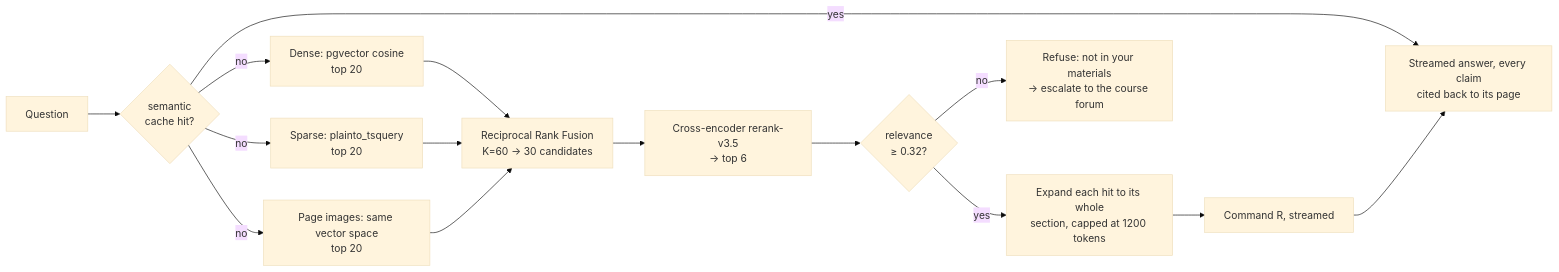
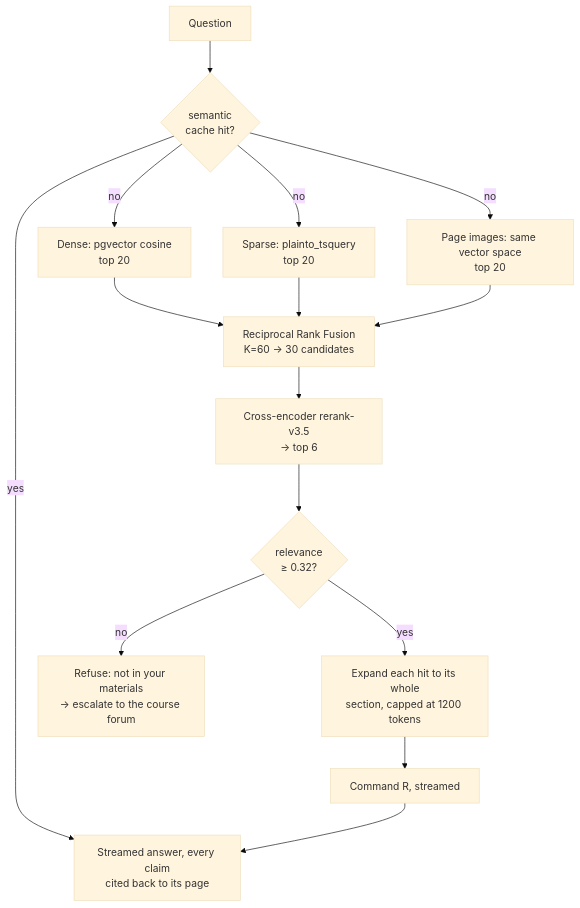
One commit to human-netizen/STUDYLOOP changed the third of 3 diagrams in README.md. Above: the diagram before and after it, drawn with Mermaid (base theme). The commit also changed other lines of this file and 33 other files, not shown here.

````diff
--- a/README.md
+++ b/README.md
@@ -352,17 +362,17 @@
 ```mermaid
-flowchart LR
+flowchart TD
     Q["Question"] --> CACHE{"semantic<br/>cache hit?"}
     CACHE -->|yes| OUT["Streamed answer, every claim<br/>cited back to its page"]
     CACHE -->|no| VS["Dense: pgvector cosine<br/>top 20"]
     CACHE -->|no| FT["Sparse: plainto_tsquery<br/>top 20"]
     CACHE -->|no| IMG["Page images: same vector space<br/>top 20"]
     VS --> RRF["Reciprocal Rank Fusion<br/>K=60 → 30 candidates"]
     FT --> RRF
     IMG --> RRF
     RRF --> RR["Cross-encoder rerank-v3.5<br/>→ top 6"]
     RR --> G{"relevance<br/>≥ 0.32?"}
     G -->|no| REF["Refuse: not in your materials<br/>→ escalate to the course forum"]
     G -->|yes| EX["Expand each hit to its whole<br/>section, capped at 1200 tokens"]
     EX --> LLM["Command R, streamed"]
     LLM --> OUT
 ```
````
